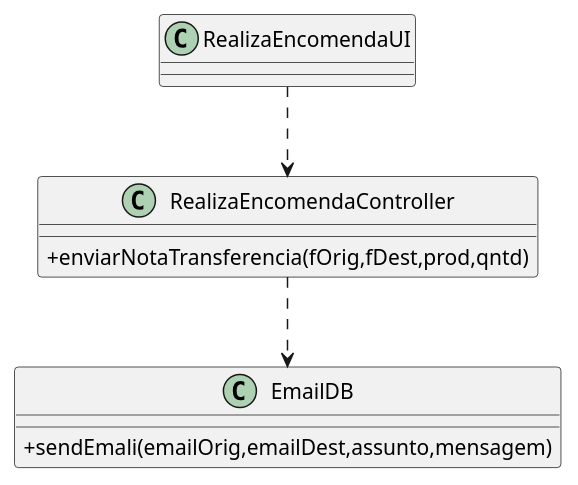
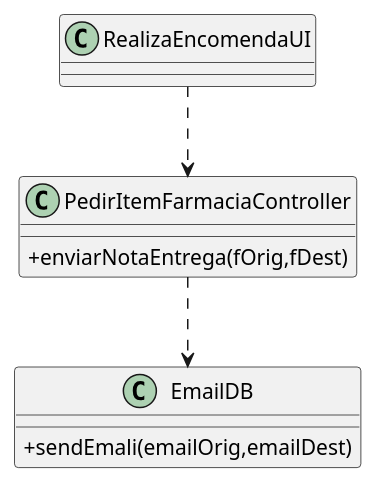
The diagram in docs/UC132/CD.puml (pedrolemos4/LAPR3), drawn with PlantUML before and after one commit. The commit also changed 5 other files, not shown here.

Commit message:
LAP3AP4-165 #close Envia nota entrega [Review]

```diff
--- a/docs/UC132/CD.puml
+++ b/docs/UC132/CD.puml
@@ -1,18 +1,18 @@
 @startuml
 skinparam classAttributeIconSize 0
 
 class EmailDB {
-  +sendEmali(emailOrig,emailDest,assunto,mensagem)
+  +sendEmali(emailOrig,emailDest)
 }
 
-class RealizaEncomendaController {
-    +enviarNotaTransferencia(fOrig,fDest,prod,qntd)
+class PedirItemFarmaciaController {
+    +enviarNotaEntrega(fOrig,fDest)
 }
 
 class RealizaEncomendaUI {
 }
 
-RealizaEncomendaUI ..> RealizaEncomendaController
-RealizaEncomendaController ..> EmailDB
+RealizaEncomendaUI ..> PedirItemFarmaciaController
+PedirItemFarmaciaController ..> EmailDB
 
 @enduml
```
